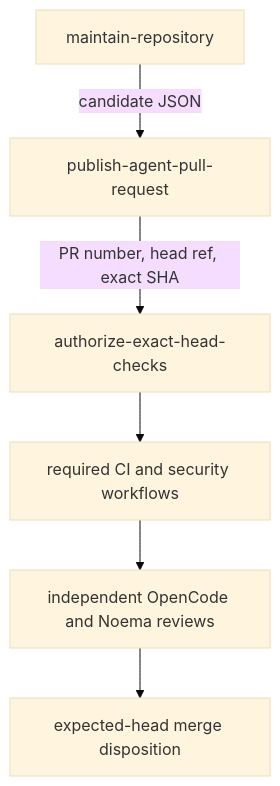
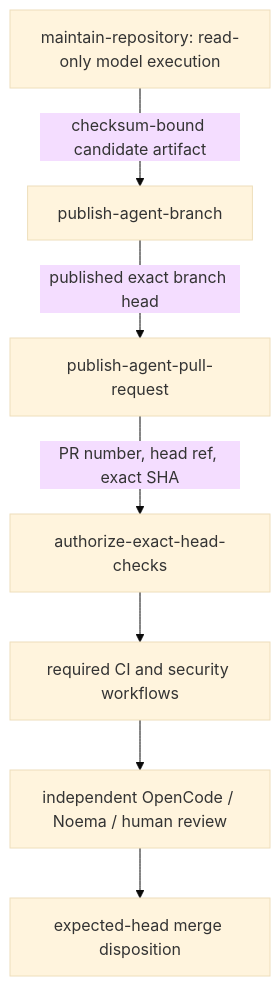
Before and after one commit to ContextualWisdomLab/mightyETL: the diagram in docs/doctoring/github-token-exact-head-check-authorization-evidence.md, drawn with Mermaid (base theme). The commit also changed other lines of this file, not shown here.

Commit message:
docs(security): align OpenCode authority evidence

````diff
--- a/docs/doctoring/github-token-exact-head-check-authorization-evidence.md
+++ b/docs/doctoring/github-token-exact-head-check-authorization-evidence.md
@@ -35,8 +54,9 @@
 ```mermaid
 flowchart TB
-    M[maintain-repository] -->|candidate JSON| P[publish-agent-pull-request]
+    M[maintain-repository: read-only model execution] -->|checksum-bound candidate artifact| B[publish-agent-branch]
+    B -->|published exact branch head| P[publish-agent-pull-request]
     P -->|PR number, head ref, exact SHA| A[authorize-exact-head-checks]
     A --> C[required CI and security workflows]
-    C --> R[independent OpenCode and Noema reviews]
+    C --> R[independent OpenCode / Noema / human review]
     R --> D[expected-head merge disposition]
 ```
````
